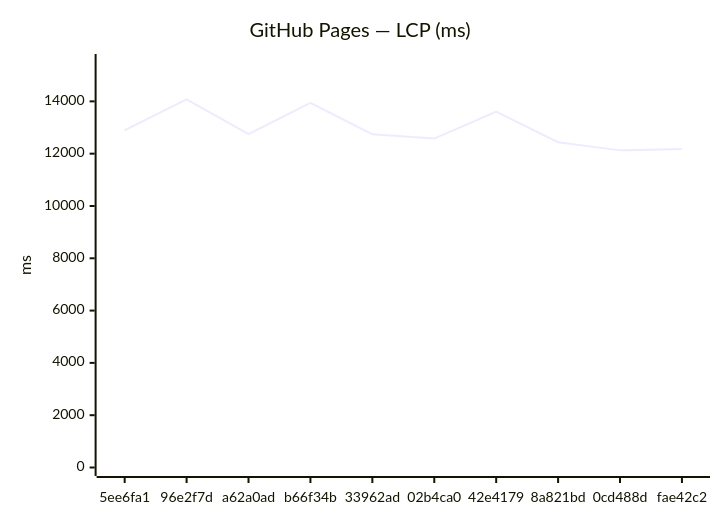
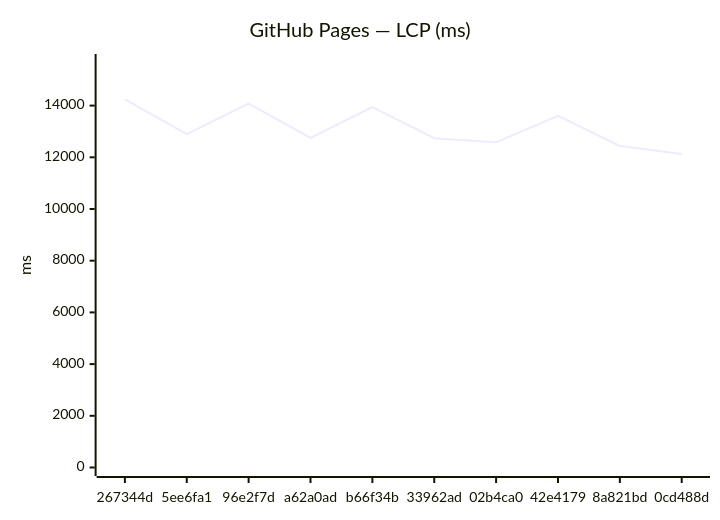
Before and after one commit to Metaheurist/Rianell: the third of 18 diagrams in benchmarks/compare.md, drawn with Mermaid. The commit also changed other lines of this file and 11 other files, not shown here.

````diff
--- a/benchmarks/compare.md
+++ b/benchmarks/compare.md
@@ -54,7 +54,7 @@
 ```mermaid
 xychart-beta
     title "GitHub Pages — LCP (ms)"
-    x-axis ["5ee6fa1", "96e2f7d", "a62a0ad", "b66f34b", "33962ad", "02b4ca0", "42e4179", "8a821bd", "0cd488d", "fae42c2"]
-    y-axis "ms" 0 --> 15486
-    line [12895, 14078, 12749, 13943, 12738, 12578, 13605, 12438, 12126, 12180]
+    x-axis ["267344d", "5ee6fa1", "96e2f7d", "a62a0ad", "b66f34b", "33962ad", "02b4ca0", "42e4179", "8a821bd", "0cd488d"]
+    y-axis "ms" 0 --> 15667
+    line [14242, 12895, 14078, 12749, 13943, 12738, 12578, 13605, 12438, 12126]
 ```
````
